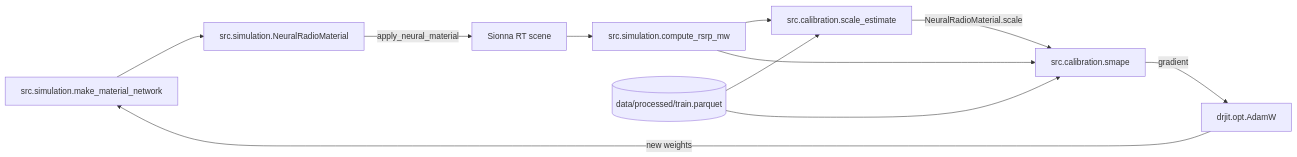
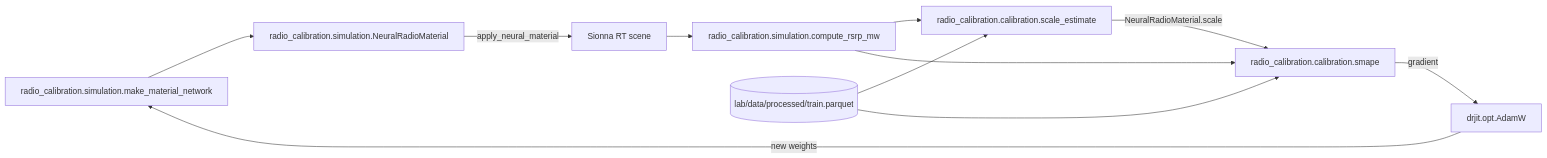
The fifth of 5 diagrams in README.md (Wombat-Engineers/radio-calibration), drawn with Mermaid before and after one commit. The commit also changed other lines of this file and 105 other files, not shown here.

````diff
--- a/README.md
+++ b/README.md
@@ -356,13 +525,13 @@
 ```mermaid
 flowchart LR
-    net[src.simulation.make_material_network] --> mat[src.simulation.NeuralRadioMaterial]
+    net[radio_calibration.simulation.make_material_network] --> mat[radio_calibration.simulation.NeuralRadioMaterial]
     mat -- apply_neural_material --> scene[Sionna RT scene]
-    scene --> rsrp[src.simulation.compute_rsrp_mw]
-    train[(data/processed/train.parquet)] --> scale[src.calibration.scale_estimate]
+    scene --> rsrp[radio_calibration.simulation.compute_rsrp_mw]
+    train[(lab/data/processed/train.parquet)] --> scale[radio_calibration.calibration.scale_estimate]
     rsrp --> scale
-    scale -- NeuralRadioMaterial.scale --> loss[src.calibration.smape]
+    scale -- NeuralRadioMaterial.scale --> loss[radio_calibration.calibration.smape]
     rsrp --> loss
     train --> loss
     loss -- gradient --> opt[drjit.opt.AdamW]
     opt -- new weights --> net
 ```
````
